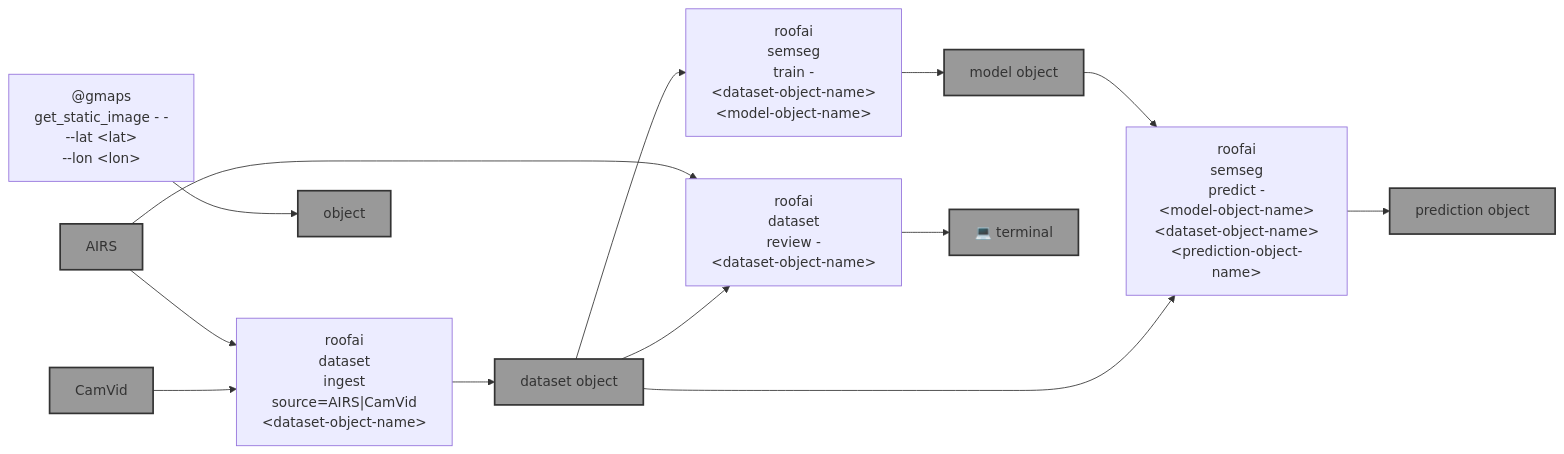
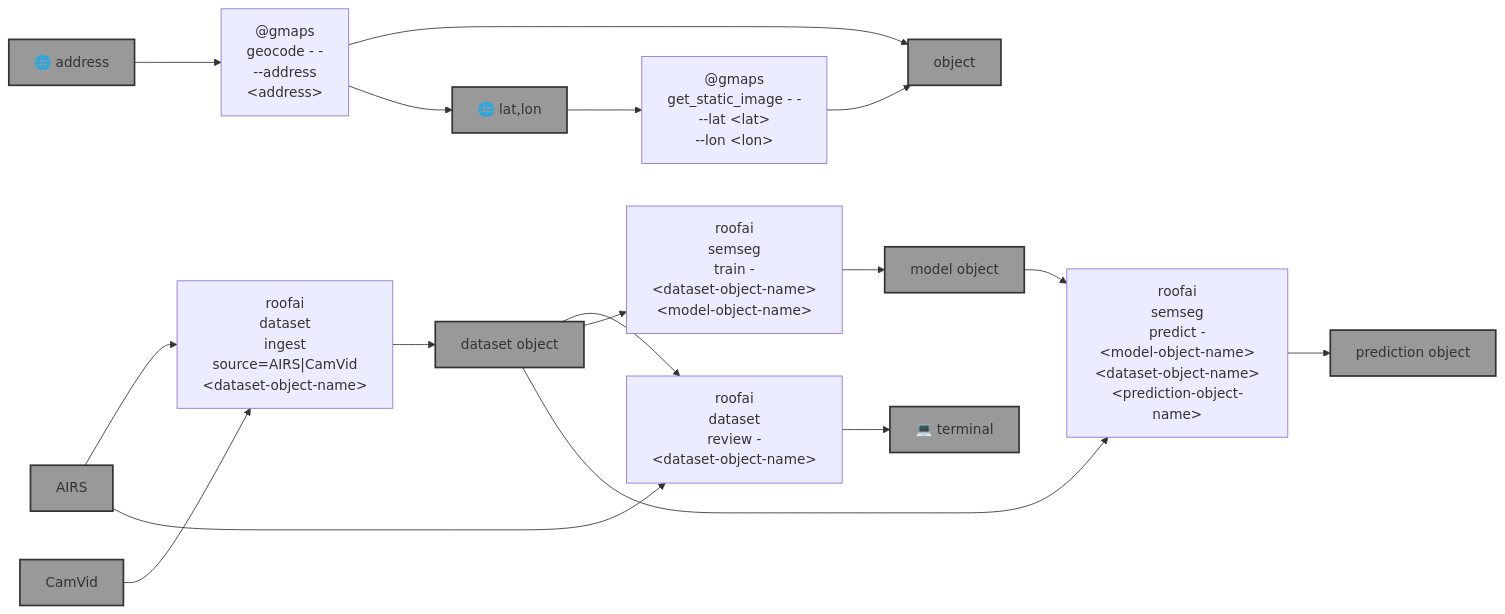
The diagram in README.md (kamangir/roofai), drawn with Mermaid before and after one commit. The commit also changed other lines of this file and 5 other files, not shown here.

````diff
--- a/README.md
+++ b/README.md
@@ -9,39 +9,48 @@
 ```mermaid
 graph LR
     dataset_ingest["roofai<br>dataset<br>ingest<br>source=AIRS|CamVid<br>&lt;dataset-object-name&gt;"]
 
     dataset_review["roofai<br>dataset<br>review -<br>&lt;dataset-object-name&gt;"]
 
     gmaps_get_static_image["@gmaps<br>get_static_image - -<br>--lat &lt;lat&gt;<br>--lon &lt;lon&gt;"]
 
+    gmaps_geocode["@gmaps<br>geocode - -<br>--address<br>&lt;address&gt;"]
+
     semseg_train["roofai<br>semseg<br>train -<br>&lt;dataset-object-name&gt;<br>&lt;model-object-name&gt;"]
 
     semseg_predict["roofai<br>semseg<br>predict -<br>&lt;model-object-name&gt;<br>&lt;dataset-object-name&gt;<br>&lt;prediction-object-name&gt;"]
 
+    address["🌐 address"]:::folder
+    lat_lon["🌐 lat,lon"]:::folder
     AIRS["AIRS"]:::folder
     CamVid["CamVid"]:::folder
     dataset_object_name["dataset object"]:::folder
     model_object_name["model object"]:::folder
     prediction_object_name["prediction object"]:::folder
     object_name["object"]:::folder
     terminal["💻 terminal"]:::folder
 
     AIRS --> dataset_ingest
     CamVid --> dataset_ingest
     dataset_ingest --> dataset_object_name
 
     AIRS --> dataset_review
     dataset_object_name --> dataset_review
     dataset_review --> terminal
 
     dataset_object_name --> semseg_train
     semseg_train --> model_object_name
 
     model_object_name --> semseg_predict
     dataset_object_name --> semseg_predict
     semseg_predict --> prediction_object_name
 
+    lat_lon --> gmaps_get_static_image
     gmaps_get_static_image --> object_name
+
+    address --> gmaps_geocode
+    gmaps_geocode --> object_name
+    gmaps_geocode --> lat_lon
 
     classDef folder fill:#999,stroke:#333,stroke-width:2px;
 ```
````
